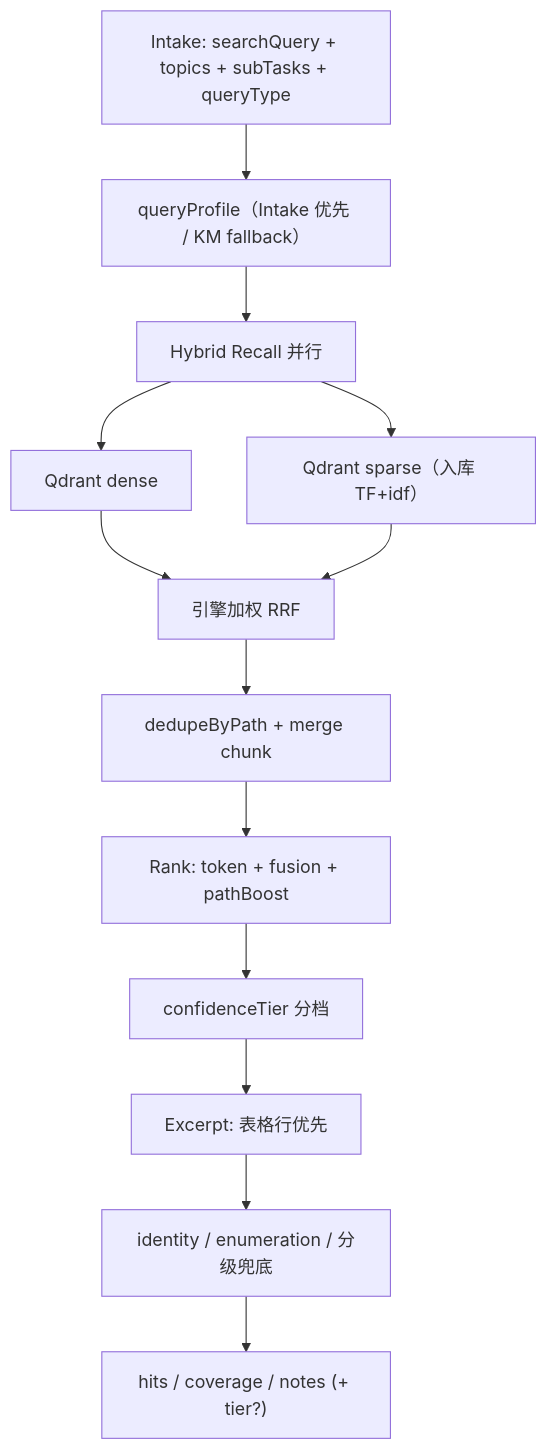
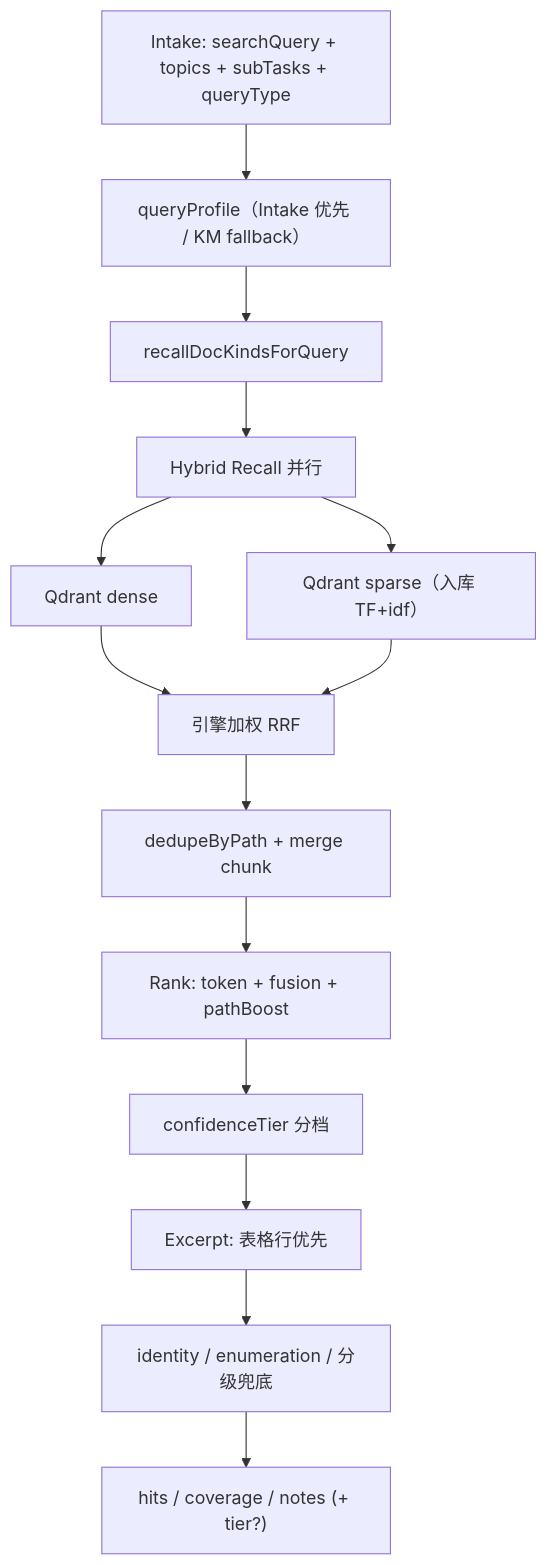
The diagram in docs/km-retrieval-design.md (panzhanfei/agent), drawn with Mermaid before and after one commit. The commit also changed other lines of this file and 50 other files, not shown here.

First line of the commit message:
检索按 docKind 分柜，亲友走 queryType=relations；修好 Vault 新建后删除按钮置灰

````diff
--- a/docs/km-retrieval-design.md
+++ b/docs/km-retrieval-design.md
@@ -80,15 +81,16 @@
 ```mermaid
 flowchart TD
   IN["Intake: searchQuery + topics + subTasks + queryType"] --> PROFILE["queryProfile（Intake 优先 / KM fallback）"]
-  PROFILE --> HY["Hybrid Recall 并行"]
+  PROFILE --> KIND["recallDocKindsForQuery"]
+  KIND --> HY["Hybrid Recall 并行"]
   HY --> VEC["Qdrant dense"]
   HY --> SPARSE["Qdrant sparse（入库 TF+idf）"]
   VEC --> RRF["引擎加权 RRF"]
   SPARSE --> RRF
   RRF --> DEDUP["dedupeByPath + merge chunk"]
   DEDUP --> RANK["Rank: token + fusion + pathBoost"]
   RANK --> TIER["confidenceTier 分档"]
   TIER --> EXC["Excerpt: 表格行优先"]
   EXC --> GUARD["identity / enumeration / 分级兜底"]
   GUARD --> OUT["hits / coverage / notes (+ tier?)"]
 ```
````
